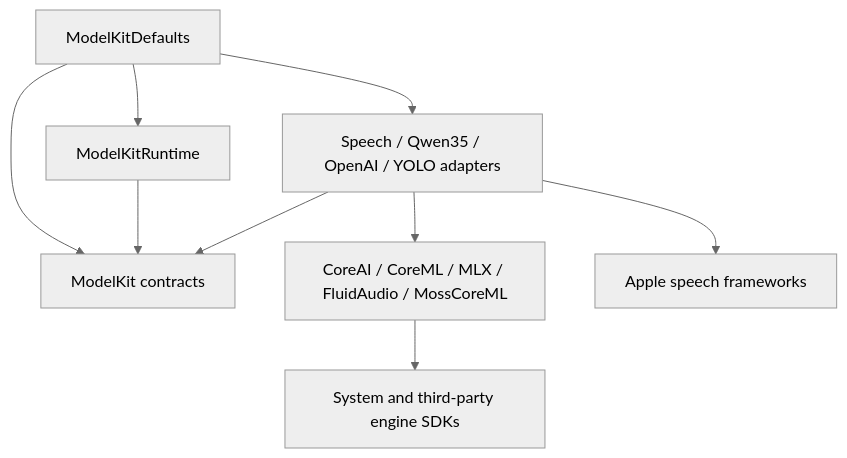
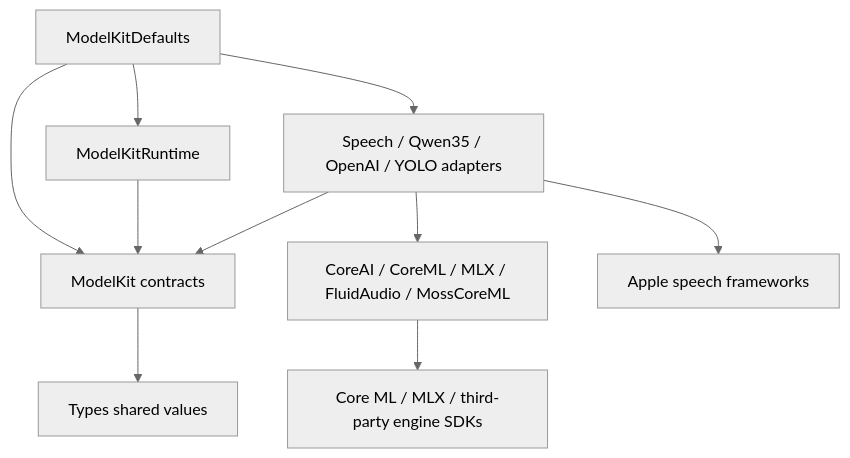
The second of 3 diagrams in MobileHarness/ModelKit/README.md (devilyouwei/MobileHarness), drawn with Mermaid (neutral theme) before and after one commit. The commit also changed other lines of this file and 1 other file, not shown here.

Commit message:
docs: expand kit dependency and flow diagrams

````diff
--- a/MobileHarness/ModelKit/README.md
+++ b/MobileHarness/ModelKit/README.md
@@ -48,11 +60,12 @@
 ```mermaid
 flowchart TD
-    Defaults[ModelKitDefaults] --> Manager[ModelKitRuntime]
+    Defaults[ModelKitDefaults] --> Runtime[ModelKitRuntime]
     Defaults --> Adapters[Speech / Qwen35 / OpenAI / YOLO adapters]
     Defaults --> Base[ModelKit contracts]
-    Manager --> Base
+    Runtime --> Base
     Adapters --> Base
     Adapters --> Backends[CoreAI / CoreML / MLX / FluidAudio / MossCoreML]
-    Backends --> SDKs[System and third-party engine SDKs]
-    Adapters --> Apple[Apple speech frameworks]
+    Adapters --> System[Apple speech frameworks]
+    Backends --> Engines[Core ML / MLX / third-party engine SDKs]
+    Base --> Types[Types shared values]
 ```
````
